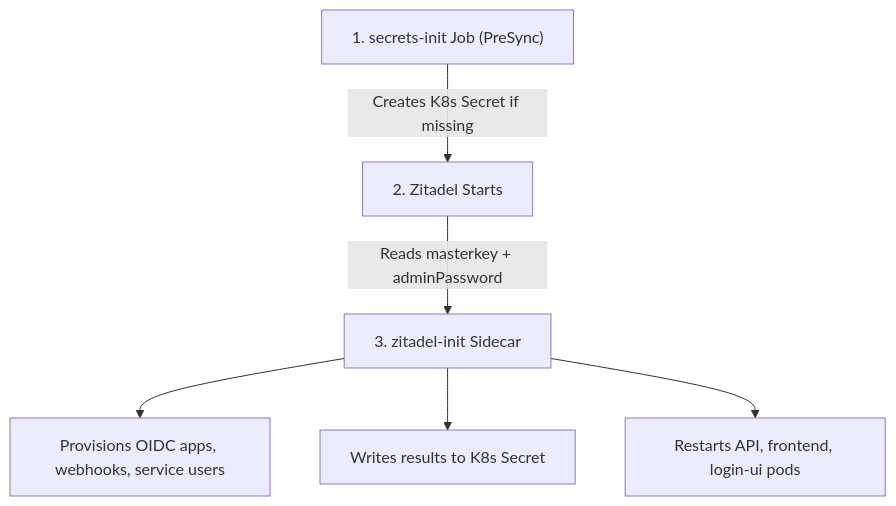
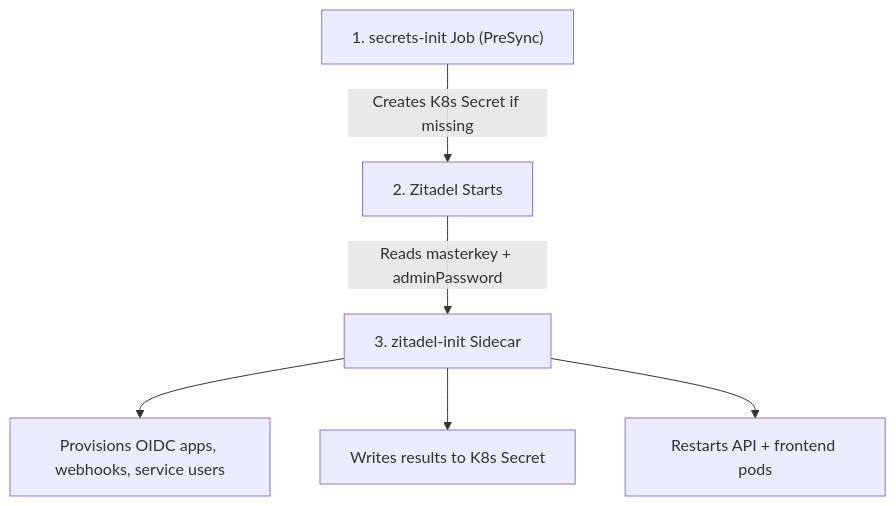
One commit to vhco-pro/stackweaver-frontend changed the first of 2 diagrams in docs/user-guides/authentication/zitadel-setup.md. Above: the diagram before and after it, drawn with Mermaid. The commit also changed other lines of this file and 71 other files, not shown here.

````diff
--- a/docs/user-guides/authentication/zitadel-setup.md
+++ b/docs/user-guides/authentication/zitadel-setup.md
@@ -36,8 +36,8 @@
 ```mermaid
 flowchart TD
     A["1. secrets-init Job (PreSync)"] -->|Creates K8s Secret if missing| B["2. Zitadel Starts"]
     B -->|Reads masterkey + adminPassword| C["3. zitadel-init Sidecar"]
     C --> D["Provisions OIDC apps, webhooks, service users"]
     C --> E["Writes results to K8s Secret"]
-    C --> F["Restarts API, frontend, login-ui pods"]
+    C --> F["Restarts API + frontend pods"]
 ```
````
